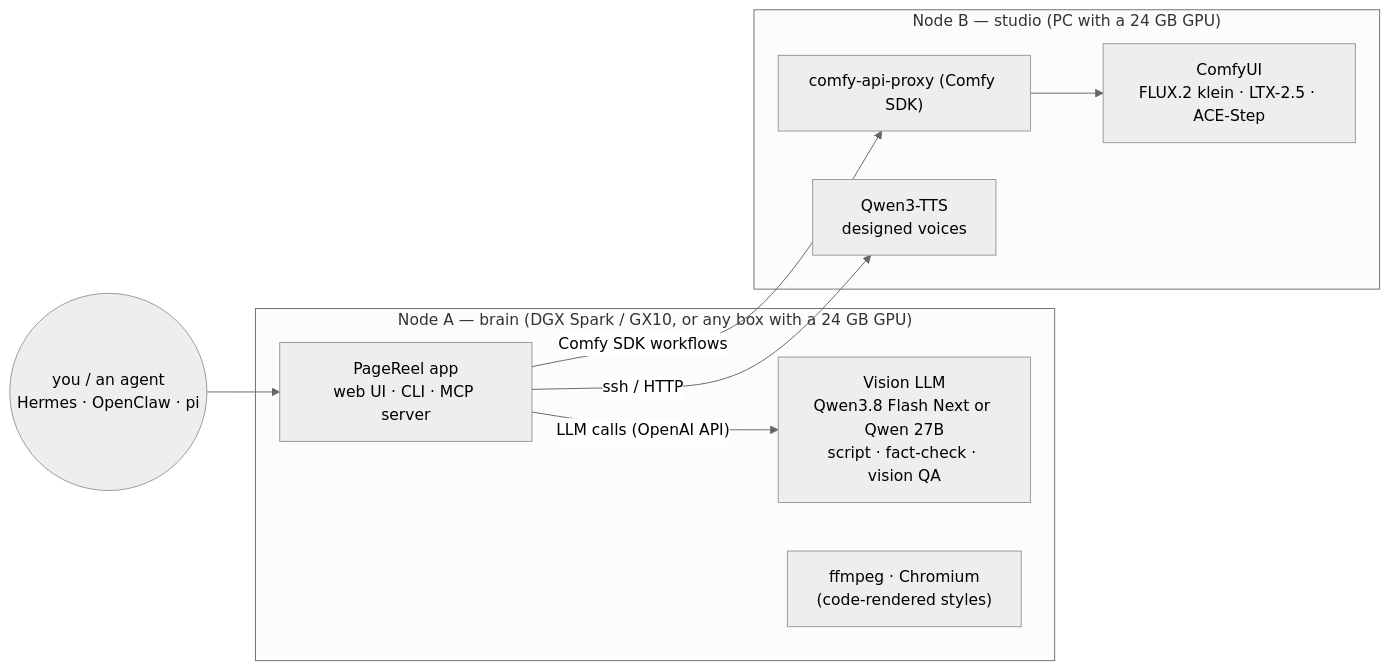
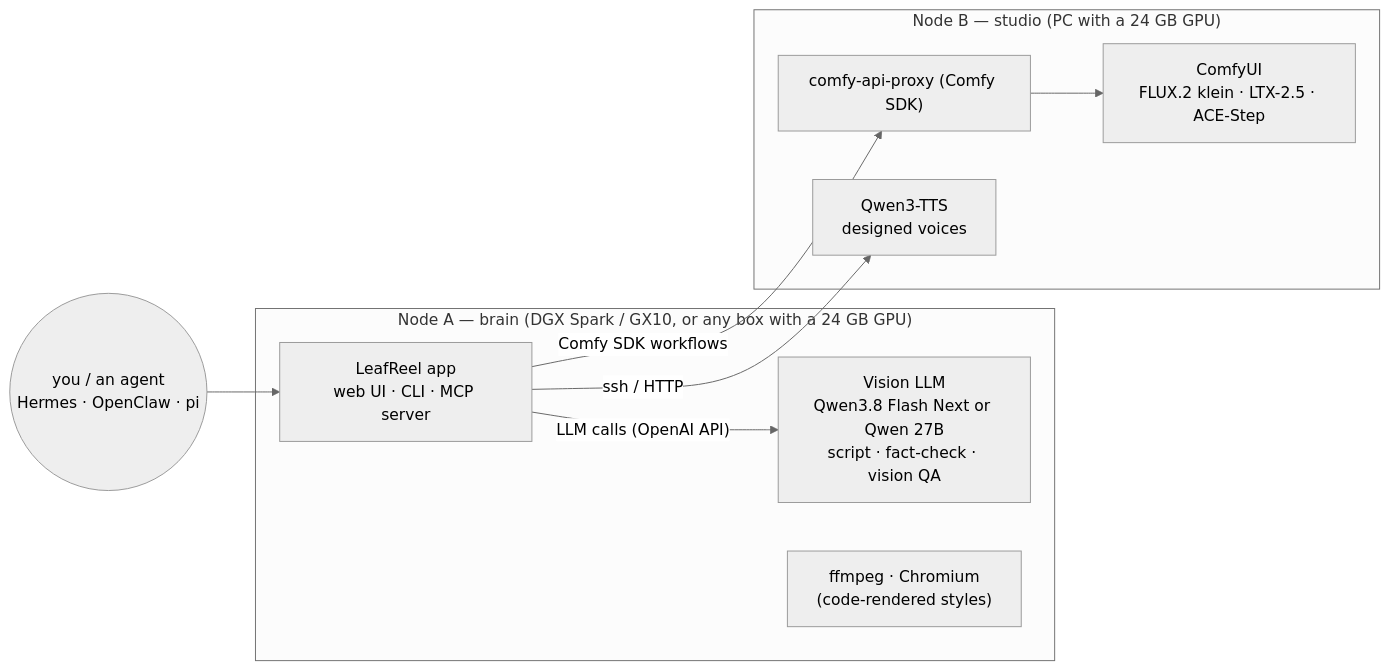
The diagram in docs/RECIPE.md (Editorenbici/leafreel), drawn with Mermaid (neutral theme) before and after one commit. The commit also changed other lines of this file and 91 other files, not shown here.

Commit message:
Rename the project to LeafReel (the name PageReel is used by other repos); copyright holder in NOTICE

````diff
--- a/docs/RECIPE.md
+++ b/docs/RECIPE.md
@@ -5,16 +5,16 @@
 ```mermaid
 flowchart LR
   subgraph A["Node A — brain (DGX Spark / GX10, or any box with a 24 GB GPU)"]
     L["Vision LLM<br/>Qwen3.8 Flash Next or Qwen 27B<br/>script · fact-check · vision QA"]
-    P["PageReel app<br/>web UI · CLI · MCP server"]
+    P["LeafReel app<br/>web UI · CLI · MCP server"]
     F["ffmpeg · Chromium<br/>(code-rendered styles)"]
   end
   subgraph B["Node B — studio (PC with a 24 GB GPU)"]
     X["comfy-api-proxy (Comfy SDK)"] --> C["ComfyUI<br/>FLUX.2 klein · LTX-2.5 · ACE-Step"]
     T["Qwen3-TTS<br/>designed voices"]
   end
   P -- "LLM calls (OpenAI API)" --> L
   P -- "Comfy SDK workflows" --> X
   P -- "ssh / HTTP" --> T
   U(("you / an agent<br/>Hermes · OpenClaw · pi")) --> P
 ```
````
